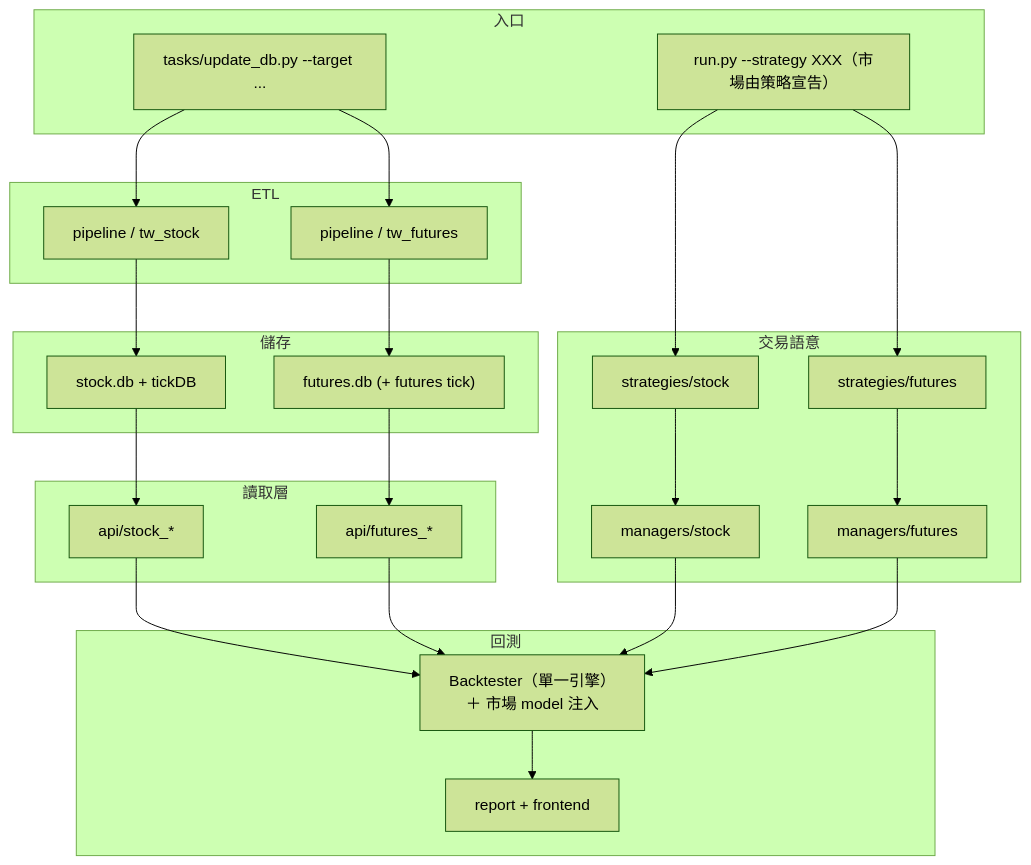
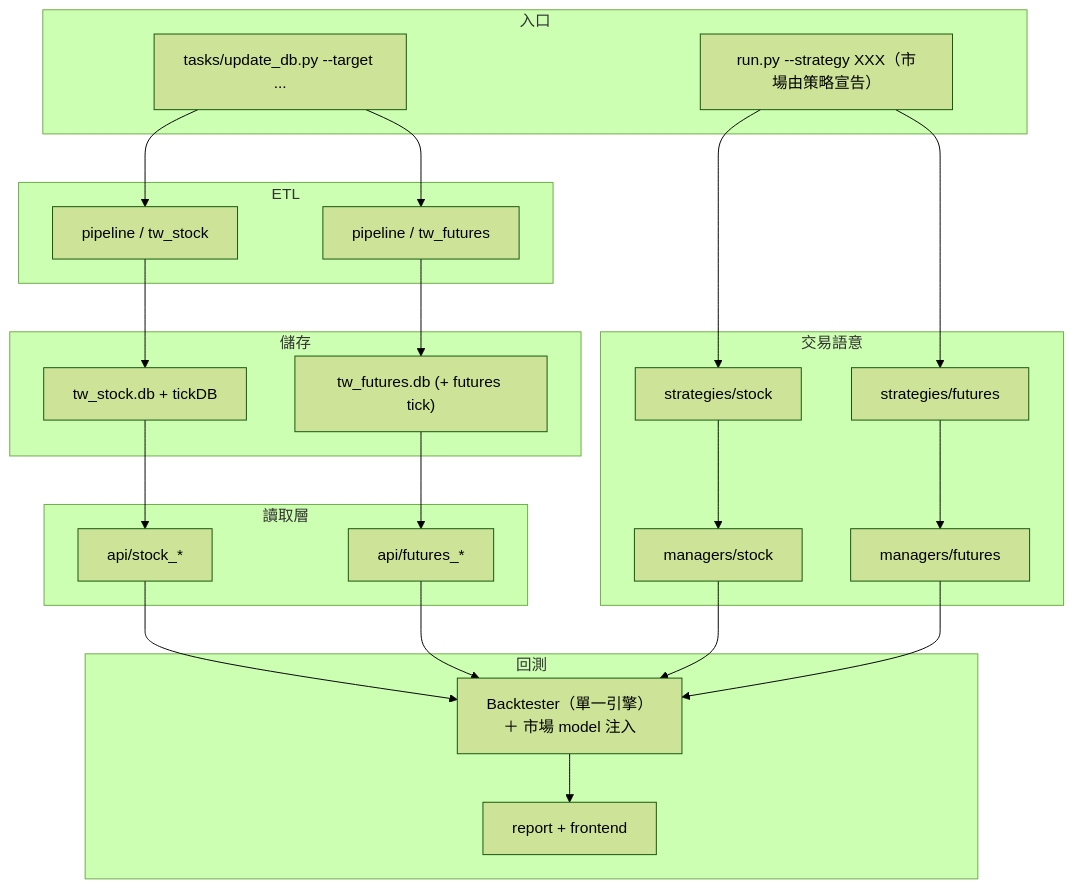
The diagram in backlog/台期貨ETL與回測架構規劃.md (kuo220/AlphaEdge), drawn with Mermaid (forest theme) before and after one commit. The commit also changed other lines of this file and 177 other files, not shown here.

````diff
--- a/backlog/台期貨ETL與回測架構規劃.md
+++ b/backlog/台期貨ETL與回測架構規劃.md
@@ -100,44 +102,44 @@
 ```mermaid
 flowchart TB
   subgraph entry [入口]
     Run["run.py --strategy XXX（市場由策略宣告）"]
     Tasks["tasks/update_db.py --target ..."]
   end
 
   subgraph etl [ETL]
     StockPipe["pipeline / tw_stock"]
     FutPipe["pipeline / tw_futures"]
   end
 
   subgraph store [儲存]
-    StockDB["stock.db + tickDB"]
-    FutDB["futures.db (+ futures tick)"]
+    StockDB["tw_stock.db + tickDB"]
+    FutDB["tw_futures.db (+ futures tick)"]
   end
 
   subgraph read [讀取層]
     StockAPI["api/stock_*"]
     FutAPI["api/futures_*"]
   end
 
   subgraph trade [交易語意]
     StockStrat["strategies/stock"]
     FutStrat["strategies/futures"]
     StockMgr["managers/stock"]
     FutMgr["managers/futures"]
   end
 
   subgraph bt [回測]
     Engine["Backtester（單一引擎）\n＋ 市場 model 注入"]
     Report["report + frontend"]
   end
 
   Tasks --> StockPipe --> StockDB --> StockAPI
   Tasks --> FutPipe --> FutDB --> FutAPI
   Run --> StockStrat --> StockMgr
   Run --> FutStrat --> FutMgr
   StockAPI --> Engine
   FutAPI --> Engine
   StockMgr --> Engine
   FutMgr --> Engine
   Engine --> Report
 ```
````
